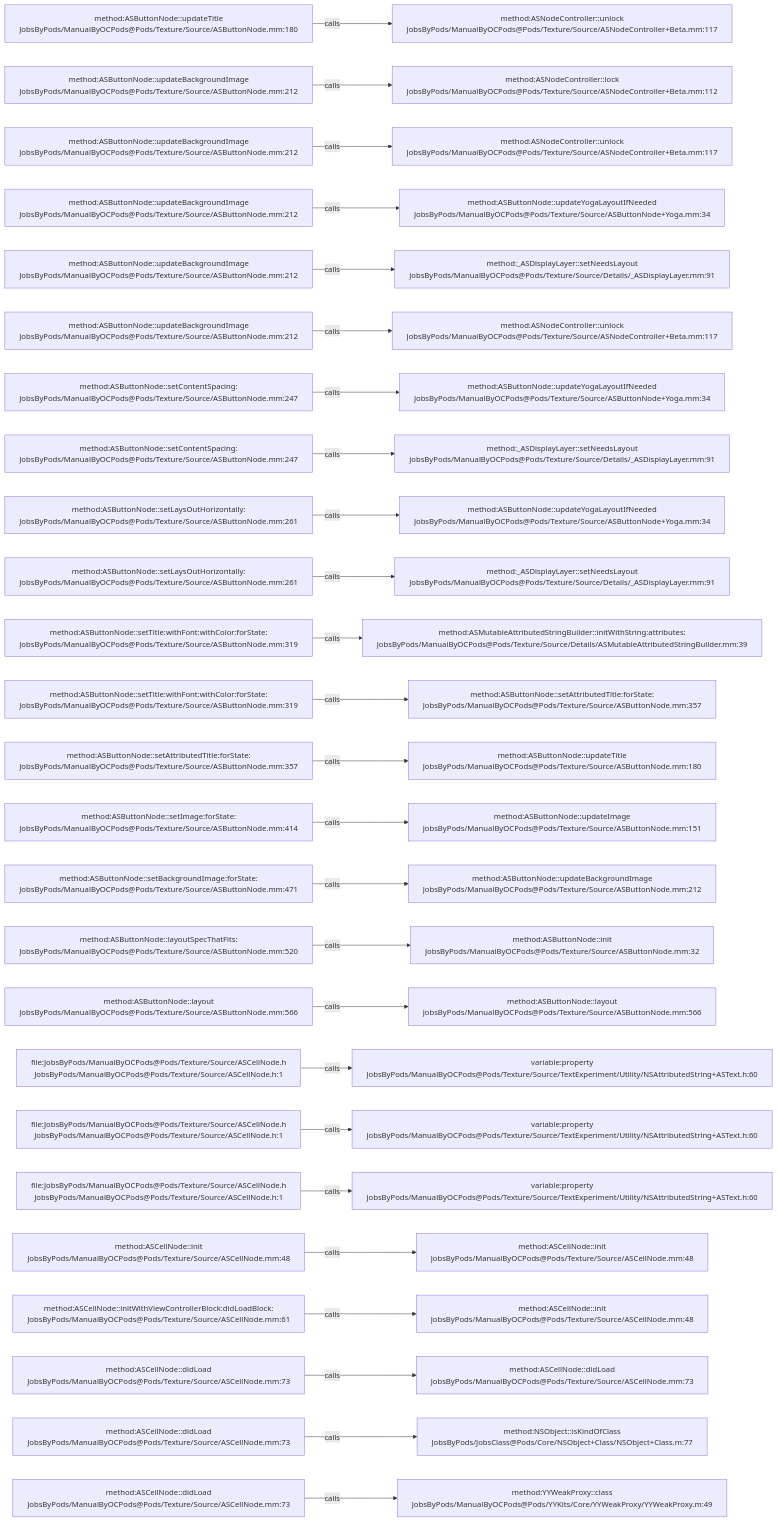
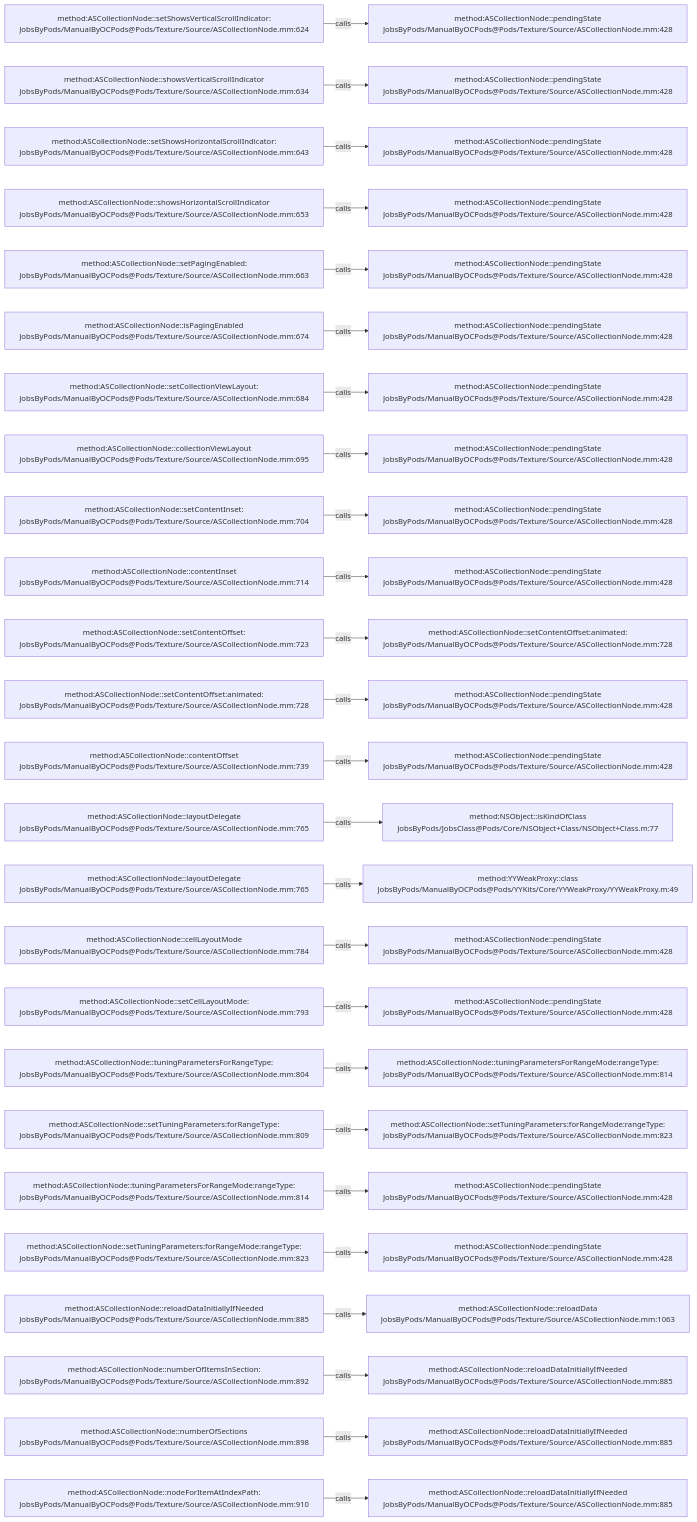
Before and after one commit to JobsKits/JobsOCBaseConfigDemo: the diagram in .codegraph/codegraph.md/graphs/calls-070.md, drawn with Mermaid. The commit also changed 1448 other files, not shown here.

````diff
--- a/.codegraph/codegraph.md/graphs/calls-070.md
+++ b/.codegraph/codegraph.md/graphs/calls-070.md
@@ -13,78 +13,78 @@
 ```mermaid
 flowchart LR
-  S1["method:ASButtonNode::updateTitle<br/>JobsByPods/ManualByOCPods@Pods/Texture/Source/ASButtonNode.mm:180"]
-  T1["method:ASNodeController::unlock<br/>JobsByPods/ManualByOCPods@Pods/Texture/Source/ASNodeController+Beta.mm:117"]
+  S1["method:ASCollectionNode::setShowsVerticalScrollIndicator:<br/>JobsByPods/ManualByOCPods@Pods/Texture/Source/ASCollectionNode.mm:624"]
+  T1["method:ASCollectionNode::pendingState<br/>JobsByPods/ManualByOCPods@Pods/Texture/Source/ASCollectionNode.mm:428"]
   S1 -->|calls| T1
-  S2["method:ASButtonNode::updateBackgroundImage<br/>JobsByPods/ManualByOCPods@Pods/Texture/Source/ASButtonNode.mm:212"]
-  T2["method:ASNodeController::lock<br/>JobsByPods/ManualByOCPods@Pods/Texture/Source/ASNodeController+Beta.mm:112"]
+  S2["method:ASCollectionNode::showsVerticalScrollIndicator<br/>JobsByPods/ManualByOCPods@Pods/Texture/Source/ASCollectionNode.mm:634"]
+  T2["method:ASCollectionNode::pendingState<br/>JobsByPods/ManualByOCPods@Pods/Texture/Source/ASCollectionNode.mm:428"]
   S2 -->|calls| T2
-  S3["method:ASButtonNode::updateBackgroundImage<br/>JobsByPods/ManualByOCPods@Pods/Texture/Source/ASButtonNode.mm:212"]
-  T3["method:ASNodeController::unlock<br/>JobsByPods/ManualByOCPods@Pods/Texture/Source/ASNodeController+Beta.mm:117"]
+  S3["method:ASCollectionNode::setShowsHorizontalScrollIndicator:<br/>JobsByPods/ManualByOCPods@Pods/Texture/Source/ASCollectionNode.mm:643"]
+  T3["method:ASCollectionNode::pendingState<br/>JobsByPods/ManualByOCPods@Pods/Texture/Source/ASCollectionNode.mm:428"]
   S3 -->|calls| T3
-  S4["method:ASButtonNode::updateBackgroundImage<br/>JobsByPods/ManualByOCPods@Pods/Texture/Source/ASButtonNode.mm:212"]
-  T4["method:ASButtonNode::updateYogaLayoutIfNeeded<br/>JobsByPods/ManualByOCPods@Pods/Texture/Source/ASButtonNode+Yoga.mm:34"]
+  S4["method:ASCollectionNode::showsHorizontalScrollIndicator<br/>JobsByPods/ManualByOCPods@Pods/Texture/Source/ASCollectionNode.mm:653"]
+  T4["method:ASCollectionNode::pendingState<br/>JobsByPods/ManualByOCPods@Pods/Texture/Source/ASCollectionNode.mm:428"]
   S4 -->|calls| T4
-  S5["method:ASButtonNode::updateBackgroundImage<br/>JobsByPods/ManualByOCPods@Pods/Texture/Source/ASButtonNode.mm:212"]
-  T5["method:_ASDisplayLayer::setNeedsLayout<br/>JobsByPods/ManualByOCPods@Pods/Texture/Source/Details/_ASDisplayLayer.mm:91"]
+  S5["method:ASCollectionNode::setPagingEnabled:<br/>JobsByPods/ManualByOCPods@Pods/Texture/Source/ASCollectionNode.mm:663"]
+  T5["method:ASCollectionNode::pendingState<br/>JobsByPods/ManualByOCPods@Pods/Texture/Source/ASCollectionNode.mm:428"]
   S5 -->|calls| T5
-  S6["method:ASButtonNode::updateBackgroundImage<br/>JobsByPods/ManualByOCPods@Pods/Texture/Source/ASButtonNode.mm:212"]
-  T6["method:ASNodeController::unlock<br/>JobsByPods/ManualByOCPods@Pods/Texture/Source/ASNodeController+Beta.mm:117"]
+  S6["method:ASCollectionNode::isPagingEnabled<br/>JobsByPods/ManualByOCPods@Pods/Texture/Source/ASCollectionNode.mm:674"]
+  T6["method:ASCollectionNode::pendingState<br/>JobsByPods/ManualByOCPods@Pods/Texture/Source/ASCollectionNode.mm:428"]
   S6 -->|calls| T6
-  S7["method:ASButtonNode::setContentSpacing:<br/>JobsByPods/ManualByOCPods@Pods/Texture/Source/ASButtonNode.mm:247"]
-  T7["method:ASButtonNode::updateYogaLayoutIfNeeded<br/>JobsByPods/ManualByOCPods@Pods/Texture/Source/ASButtonNode+Yoga.mm:34"]
+  S7["method:ASCollectionNode::setCollectionViewLayout:<br/>JobsByPods/ManualByOCPods@Pods/Texture/Source/ASCollectionNode.mm:684"]
+  T7["method:ASCollectionNode::pendingState<br/>JobsByPods/ManualByOCPods@Pods/Texture/Source/ASCollectionNode.mm:428"]
   S7 -->|calls| T7
-  S8["method:ASButtonNode::setContentSpacing:<br/>JobsByPods/ManualByOCPods@Pods/Texture/Source/ASButtonNode.mm:247"]
-  T8["method:_ASDisplayLayer::setNeedsLayout<br/>JobsByPods/ManualByOCPods@Pods/Texture/Source/Details/_ASDisplayLayer.mm:91"]
+  S8["method:ASCollectionNode::collectionViewLayout<br/>JobsByPods/ManualByOCPods@Pods/Texture/Source/ASCollectionNode.mm:695"]
+  T8["method:ASCollectionNode::pendingState<br/>JobsByPods/ManualByOCPods@Pods/Texture/Source/ASCollectionNode.mm:428"]
   S8 -->|calls| T8
-  S9["method:ASButtonNode::setLaysOutHorizontally:<br/>JobsByPods/ManualByOCPods@Pods/Texture/Source/ASButtonNode.mm:261"]
-  T9["method:ASButtonNode::updateYogaLayoutIfNeeded<br/>JobsByPods/ManualByOCPods@Pods/Texture/Source/ASButtonNode+Yoga.mm:34"]
+  S9["method:ASCollectionNode::setContentInset:<br/>JobsByPods/ManualByOCPods@Pods/Texture/Source/ASCollectionNode.mm:704"]
+  T9["method:ASCollectionNode::pendingState<br/>JobsByPods/ManualByOCPods@Pods/Texture/Source/ASCollectionNode.mm:428"]
   S9 -->|calls| T9
-  S10["method:ASButtonNode::setLaysOutHorizontally:<br/>JobsByPods/ManualByOCPods@Pods/Texture/Source/ASButtonNode.mm:261"]
-  T10["method:_ASDisplayLayer::setNeedsLayout<br/>JobsByPods/ManualByOCPods@Pods/Texture/Source/Details/_ASDisplayLayer.mm:91"]
+  S10["method:ASCollectionNode::contentInset<br/>JobsByPods/ManualByOCPods@Pods/Texture/Source/ASCollectionNode.mm:714"]
+  T10["method:ASCollectionNode::pendingState<br/>JobsByPods/ManualByOCPods@Pods/Texture/Source/ASCollectionNode.mm:428"]
   S10 -->|calls| T10
-  S11["method:ASButtonNode::setTitle:withFont:withColor:forState:<br/>JobsByPods/ManualByOCPods@Pods/Texture/Source/ASButtonNode.mm:319"]
-  T11["method:ASMutableAttributedStringBuilder::initWithString:attributes:<br/>JobsByPods/ManualByOCPods@Pods/Texture/Source/Details/ASMutableAttributedStringBuilder.mm:39"]
+  S11["method:ASCollectionNode::setContentOffset:<br/>JobsByPods/ManualByOCPods@Pods/Texture/Source/ASCollectionNode.mm:723"]
+  T11["method:ASCollectionNode::setContentOffset:animated:<br/>JobsByPods/ManualByOCPods@Pods/Texture/Source/ASCollectionNode.mm:728"]
   S11 -->|calls| T11
-  S12["method:ASButtonNode::setTitle:withFont:withColor:forState:<br/>JobsByPods/ManualByOCPods@Pods/Texture/Source/ASButtonNode.mm:319"]
-  T12["method:ASButtonNode::setAttributedTitle:forState:<br/>JobsByPods/ManualByOCPods@Pods/Texture/Source/ASButtonNode.mm:357"]
+  S12["method:ASCollectionNode::setContentOffset:animated:<br/>JobsByPods/ManualByOCPods@Pods/Texture/Source/ASCollectionNode.mm:728"]
+  T12["method:ASCollectionNode::pendingState<br/>JobsByPods/ManualByOCPods@Pods/Texture/Source/ASCollectionNode.mm:428"]
   S12 -->|calls| T12
-  S13["method:ASButtonNode::setAttributedTitle:forState:<br/>JobsByPods/ManualByOCPods@Pods/Texture/Source/ASButtonNode.mm:357"]
-  T13["method:ASButtonNode::updateTitle<br/>JobsByPods/ManualByOCPods@Pods/Texture/Source/ASButtonNode.mm:180"]
+  S13["method:ASCollectionNode::contentOffset<br/>JobsByPods/ManualByOCPods@Pods/Texture/Source/ASCollectionNode.mm:739"]
+  T13["method:ASCollectionNode::pendingState<br/>JobsByPods/ManualByOCPods@Pods/Texture/Source/ASCollectionNode.mm:428"]
   S13 -->|calls| T13
-  S14["method:ASButtonNode::setImage:forState:<br/>JobsByPods/ManualByOCPods@Pods/Texture/Source/ASButtonNode.mm:414"]
-  T14["method:ASButtonNode::updateImage<br/>JobsByPods/ManualByOCPods@Pods/Texture/Source/ASButtonNode.mm:151"]
+  S14["method:ASCollectionNode::layoutDelegate<br/>JobsByPods/ManualByOCPods@Pods/Texture/Source/ASCollectionNode.mm:765"]
+  T14["method:NSObject::isKindOfClass<br/>JobsByPods/JobsClass@Pods/Core/NSObject+Class/NSObject+Class.m:77"]
   S14 -->|calls| T14
-  S15["method:ASButtonNode::setBackgroundImage:forState:<br/>JobsByPods/ManualByOCPods@Pods/Texture/Source/ASButtonNode.mm:471"]
-  T15["method:ASButtonNode::updateBackgroundImage<br/>JobsByPods/ManualByOCPods@Pods/Texture/Source/ASButtonNode.mm:212"]
+  S15["method:ASCollectionNode::layoutDelegate<br/>JobsByPods/ManualByOCPods@Pods/Texture/Source/ASCollectionNode.mm:765"]
+  T15["method:YYWeakProxy::class<br/>JobsByPods/ManualByOCPods@Pods/YYKits/Core/YYWeakProxy/YYWeakProxy.m:49"]
   S15 -->|calls| T15
-  S16["method:ASButtonNode::layoutSpecThatFits:<br/>JobsByPods/ManualByOCPods@Pods/Texture/Source/ASButtonNode.mm:520"]
-  T16["method:ASButtonNode::init<br/>JobsByPods/ManualByOCPods@Pods/Texture/Source/ASButtonNode.mm:32"]
+  S16["method:ASCollectionNode::cellLayoutMode<br/>JobsByPods/ManualByOCPods@Pods/Texture/Source/ASCollectionNode.mm:784"]
+  T16["method:ASCollectionNode::pendingState<br/>JobsByPods/ManualByOCPods@Pods/Texture/Source/ASCollectionNode.mm:428"]
   S16 -->|calls| T16
-  S17["method:ASButtonNode::layout<br/>JobsByPods/ManualByOCPods@Pods/Texture/Source/ASButtonNode.mm:566"]
-  T17["method:ASButtonNode::layout<br/>JobsByPods/ManualByOCPods@Pods/Texture/Source/ASButtonNode.mm:566"]
+  S17["method:ASCollectionNode::setCellLayoutMode:<br/>JobsByPods/ManualByOCPods@Pods/Texture/Source/ASCollectionNode.mm:793"]
+  T17["method:ASCollectionNode::pendingState<br/>JobsByPods/ManualByOCPods@Pods/Texture/Source/ASCollectionNode.mm:428"]
   S17 -->|calls| T17
-  S18["file:JobsByPods/ManualByOCPods@Pods/Texture/Source/ASCellNode.h<br/>JobsByPods/ManualByOCPods@Pods/Texture/Source/ASCellNode.h:1"]
-  T18["variable:property<br/>JobsByPods/ManualByOCPods@Pods/Texture/Source/TextExperiment/Utility/NSAttributedString+ASText.h:60"]
+  S18["method:ASCollectionNode::tuningParametersForRangeType:<br/>JobsByPods/ManualByOCPods@Pods/Texture/Source/ASCollectionNode.mm:804"]
+  T18["method:ASCollectionNode::tuningParametersForRangeMode:rangeType:<br/>JobsByPods/ManualByOCPods@Pods/Texture/Source/ASCollectionNode.mm:814"]
   S18 -->|calls| T18
-  S19["file:JobsByPods/ManualByOCPods@Pods/Texture/Source/ASCellNode.h<br/>JobsByPods/ManualByOCPods@Pods/Texture/Source/ASCellNode.h:1"]
-  T19["variable:property<br/>JobsByPods/ManualByOCPods@Pods/Texture/Source/TextExperiment/Utility/NSAttributedString+ASText.h:60"]
+  S19["method:ASCollectionNode::setTuningParameters:forRangeType:<br/>JobsByPods/ManualByOCPods@Pods/Texture/Source/ASCollectionNode.mm:809"]
+  T19["method:ASCollectionNode::setTuningParameters:forRangeMode:rangeType:<br/>JobsByPods/ManualByOCPods@Pods/Texture/Source/ASCollectionNode.mm:823"]
   S19 -->|calls| T19
-  S20["file:JobsByPods/ManualByOCPods@Pods/Texture/Source/ASCellNode.h<br/>JobsByPods/ManualByOCPods@Pods/Texture/Source/ASCellNode.h:1"]
-  T20["variable:property<br/>JobsByPods/ManualByOCPods@Pods/Texture/Source/TextExperiment/Utility/NSAttributedString+ASText.h:60"]
+  S20["method:ASCollectionNode::tuningParametersForRangeMode:rangeType:<br/>JobsByPods/ManualByOCPods@Pods/Texture/Source/ASCollectionNode.mm:814"]
+  T20["method:ASCollectionNode::pendingState<br/>JobsByPods/ManualByOCPods@Pods/Texture/Source/ASCollectionNode.mm:428"]
   S20 -->|calls| T20
-  S21["method:ASCellNode::init<br/>JobsByPods/ManualByOCPods@Pods/Texture/Source/ASCellNode.mm:48"]
-  T21["method:ASCellNode::init<br/>JobsByPods/ManualByOCPods@Pods/Texture/Source/ASCellNode.mm:48"]
+  S21["method:ASCollectionNode::setTuningParameters:forRangeMode:rangeType:<br/>JobsByPods/ManualByOCPods@Pods/Texture/Source/ASCollectionNode.mm:823"]
+  T21["method:ASCollectionNode::pendingState<br/>JobsByPods/ManualByOCPods@Pods/Texture/Source/ASCollectionNode.mm:428"]
   S21 -->|calls| T21
-  S22["method:ASCellNode::initWithViewControllerBlock:didLoadBlock:<br/>JobsByPods/ManualByOCPods@Pods/Texture/Source/ASCellNode.mm:61"]
-  T22["method:ASCellNode::init<br/>JobsByPods/ManualByOCPods@Pods/Texture/Source/ASCellNode.mm:48"]
+  S22["method:ASCollectionNode::reloadDataInitiallyIfNeeded<br/>JobsByPods/ManualByOCPods@Pods/Texture/Source/ASCollectionNode.mm:885"]
+  T22["method:ASCollectionNode::reloadData<br/>JobsByPods/ManualByOCPods@Pods/Texture/Source/ASCollectionNode.mm:1063"]
   S22 -->|calls| T22
-  S23["method:ASCellNode::didLoad<br/>JobsByPods/ManualByOCPods@Pods/Texture/Source/ASCellNode.mm:73"]
-  T23["method:ASCellNode::didLoad<br/>JobsByPods/ManualByOCPods@Pods/Texture/Source/ASCellNode.mm:73"]
+  S23["method:ASCollectionNode::numberOfItemsInSection:<br/>JobsByPods/ManualByOCPods@Pods/Texture/Source/ASCollectionNode.mm:892"]
+  T23["method:ASCollectionNode::reloadDataInitiallyIfNeeded<br/>JobsByPods/ManualByOCPods@Pods/Texture/Source/ASCollectionNode.mm:885"]
   S23 -->|calls| T23
-  S24["method:ASCellNode::didLoad<br/>JobsByPods/ManualByOCPods@Pods/Texture/Source/ASCellNode.mm:73"]
-  T24["method:NSObject::isKindOfClass<br/>JobsByPods/JobsClass@Pods/Core/NSObject+Class/NSObject+Class.m:77"]
+  S24["method:ASCollectionNode::numberOfSections<br/>JobsByPods/ManualByOCPods@Pods/Texture/Source/ASCollectionNode.mm:898"]
+  T24["method:ASCollectionNode::reloadDataInitiallyIfNeeded<br/>JobsByPods/ManualByOCPods@Pods/Texture/Source/ASCollectionNode.mm:885"]
   S24 -->|calls| T24
-  S25["method:ASCellNode::didLoad<br/>JobsByPods/ManualByOCPods@Pods/Texture/Source/ASCellNode.mm:73"]
-  T25["method:YYWeakProxy::class<br/>JobsByPods/ManualByOCPods@Pods/YYKits/Core/YYWeakProxy/YYWeakProxy.m:49"]
+  S25["method:ASCollectionNode::nodeForItemAtIndexPath:<br/>JobsByPods/ManualByOCPods@Pods/Texture/Source/ASCollectionNode.mm:910"]
+  T25["method:ASCollectionNode::reloadDataInitiallyIfNeeded<br/>JobsByPods/ManualByOCPods@Pods/Texture/Source/ASCollectionNode.mm:885"]
   S25 -->|calls| T25
 ```
````
